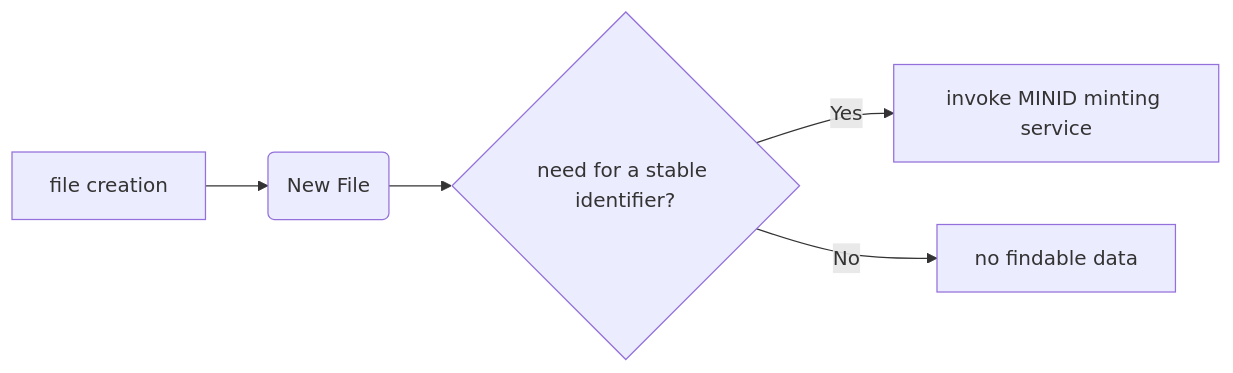
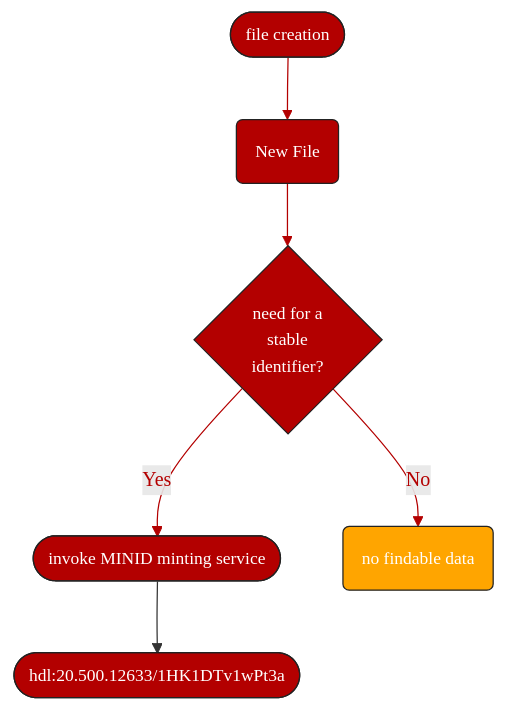
One commit to nih-cfde/the-fair-cookbook changed the diagram in content/recipes/08/2/minids.md. Above: the diagram before and after it, drawn with Mermaid. The commit also changed other lines of this file and 9 other files, not shown here.

Commit message:
adding a custom.css, reorganizing TOC, reviewing all existing recipes, fixing mermaid loading in config file

```diff
--- a/content/recipes/08/2/minids.md
+++ b/content/recipes/08/2/minids.md
@@ -28,7 +39,13 @@
-<div class="mermaid">
-graph LR;
-    A[file creation] -->B(New File)
-    B --> C{need for a stable identifier?}
-    C -->|Yes| D[invoke MINID minting service]
-    C -->|No| E[no findable data]
+<div class="mermaid"  style="padding:1px;border:thin solid black;">
+graph TD;
+    A([file creation]):::box -->B(New File):::box
+    B --> C{need for a <br>stable <br>identifier?}:::box
+    C -->|Yes| D([invoke MINID minting service]):::box
+    C -->|No| E(no findable data):::box1
+    D --> F([hdl:20.500.12633/1HK1DTv1wPt3a]):::box
+
+    classDef box font-family:avenir,font-size:14px,fill:#B30000,stroke:#222,color:#fff,stroke-width:1px
+    classDef box1 font-family:avenir,font-size:14px,fill:orange,stroke:#222,color:#fff,stroke-width:1px
+    linkStyle 0,1,2,3 stroke:#B30000,stroke-width:1px,color:#B30000,font-family:avenir;
+    
 </div>
```
